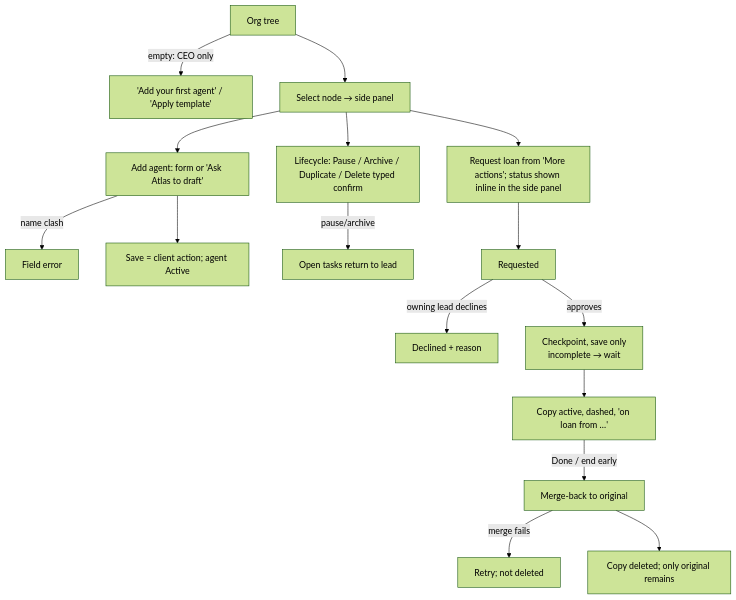
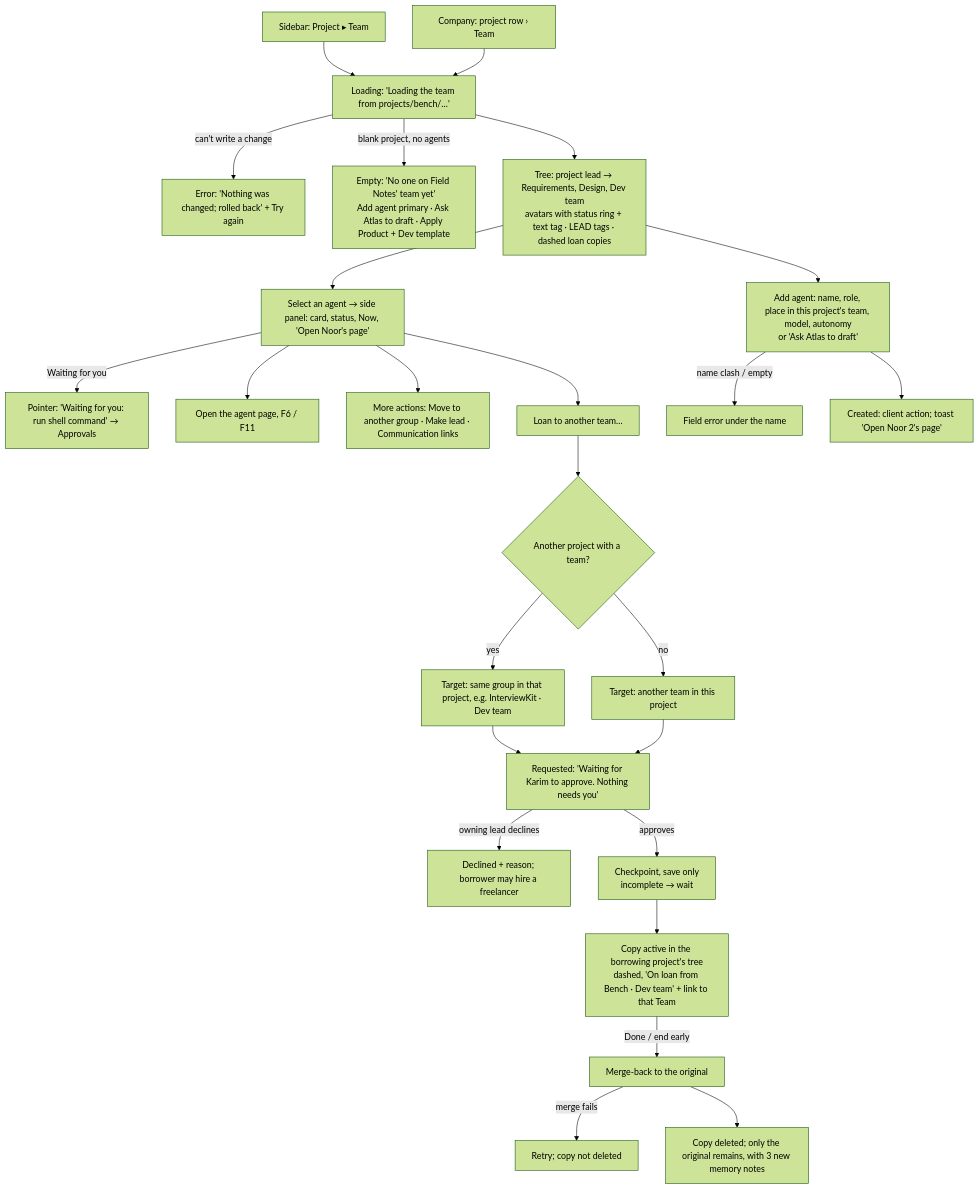
Diagram 11 of 12 in docs/design/ux/README.md (Majd-Alhakim/bench), drawn with Mermaid (forest theme) before and after one commit. The commit also changed other lines of this file and 3 other files, not shown here.

````diff
--- a/docs/design/ux/README.md
+++ b/docs/design/ux/README.md
@@ -344,15 +395,25 @@
 ```mermaid
 flowchart TD
-  A[Org tree] -->|empty: CEO only| A0['Add your first agent' / 'Apply template']
-  A --> N[Select node → side panel]
-  N --> AA[Add agent: form or 'Ask Atlas to draft']
-  AA -->|name clash| E1[Field error]
-  AA --> SV[Save = client action; agent Active]
-  N --> LC[Lifecycle: Pause / Archive / Duplicate / Delete typed confirm]
-  LC -->|pause/archive| T[Open tasks return to lead]
-  N --> LN[Request loan from 'More actions'; status shown inline in the side panel]
-  LN --> R[Requested] -->|owning lead declines| DC[Declined + reason]
-  R -->|approves| CP[Checkpoint, save only<br/>incomplete → wait] --> CA[Copy active, dashed, 'on loan from …']
-  CA -->|Done / end early| MB[Merge-back to original] -->|merge fails| E2[Retry; not deleted]
-  MB --> DL[Copy deleted; only original remains]
+  S0[Sidebar: Project ▸ Team] --> L0[Loading: 'Loading the team from projects/bench/…']
+  C0[Company: project row › Team] --> L0
+  L0 -->|can't write a change| E0[Error: 'Nothing was changed; rolled back' + Try again]
+  L0 -->|blank project, no agents| A0[Empty: 'No one on Field Notes' team yet'<br/>Add agent primary · Ask Atlas to draft · Apply Product + Dev template]
+  L0 --> T[Tree: project lead → Requirements, Design, Dev team<br/>avatars with status ring + text tag · LEAD tags · dashed loan copies]
+  T --> N[Select an agent → side panel: card, status, Now, 'Open Noor's page']
+  N -->|Waiting for you| WP[Pointer: 'Waiting for you: run shell command' → Approvals]
+  N --> OP[Open the agent page, F6 / F11]
+  T --> AA[Add agent: name, role, place in this project's team, model, autonomy<br/>or 'Ask Atlas to draft']
+  AA -->|name clash / empty| E1[Field error under the name]
+  AA --> SV[Created: client action; toast 'Open Noor 2's page']
+  N --> MA[More actions: Move to another group · Make lead · Communication links]
+  N --> LN[Loan to another team…]
+  LN --> TG{Another project with a team?}
+  TG -->|yes| TO[Target: same group in that project, e.g. InterviewKit · Dev team]
+  TG -->|no| TI[Target: another team in this project]
+  TO --> R[Requested: 'Waiting for Karim to approve. Nothing needs you']
+  TI --> R
+  R -->|owning lead declines| DC[Declined + reason; borrower may hire a freelancer]
+  R -->|approves| CP[Checkpoint, save only<br/>incomplete → wait] --> CA[Copy active in the borrowing project's tree<br/>dashed, 'On loan from Bench · Dev team' + link to that Team]
+  CA -->|Done / end early| MB[Merge-back to the original] -->|merge fails| E2[Retry; copy not deleted]
+  MB --> DL[Copy deleted; only the original remains, with 3 new memory notes]
 ```
````
